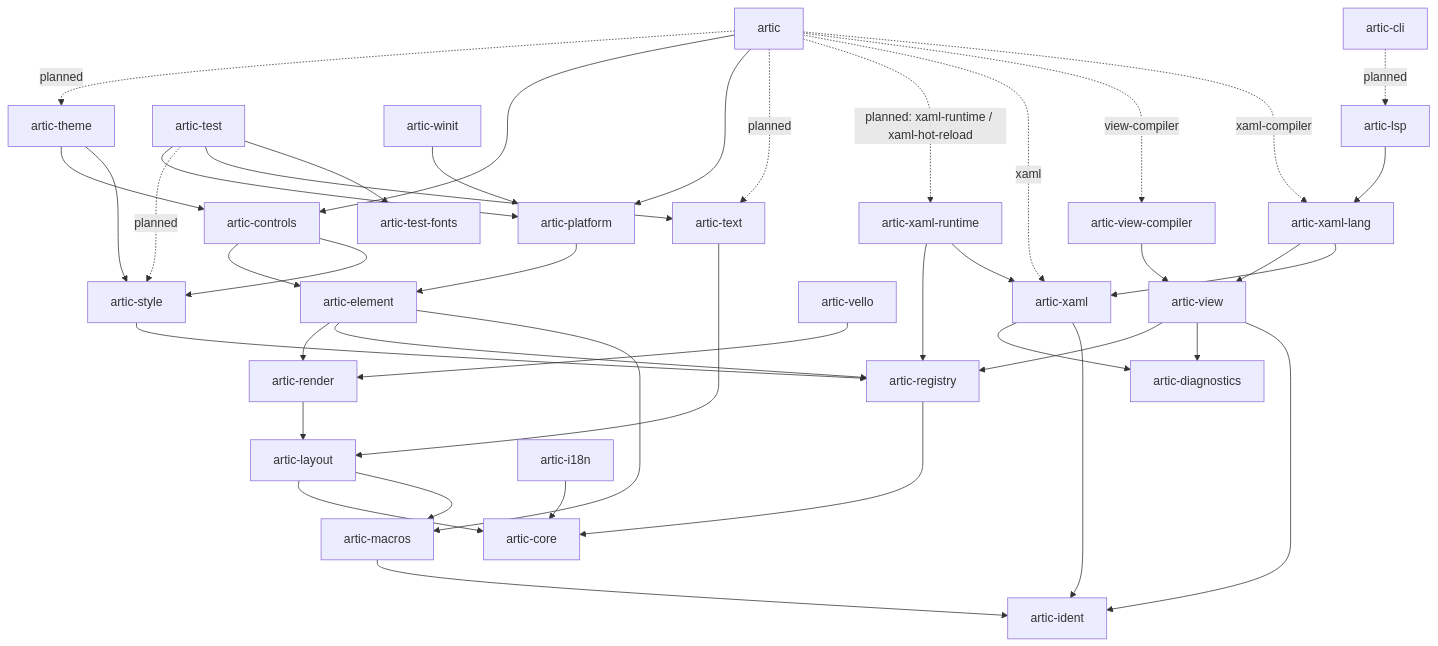
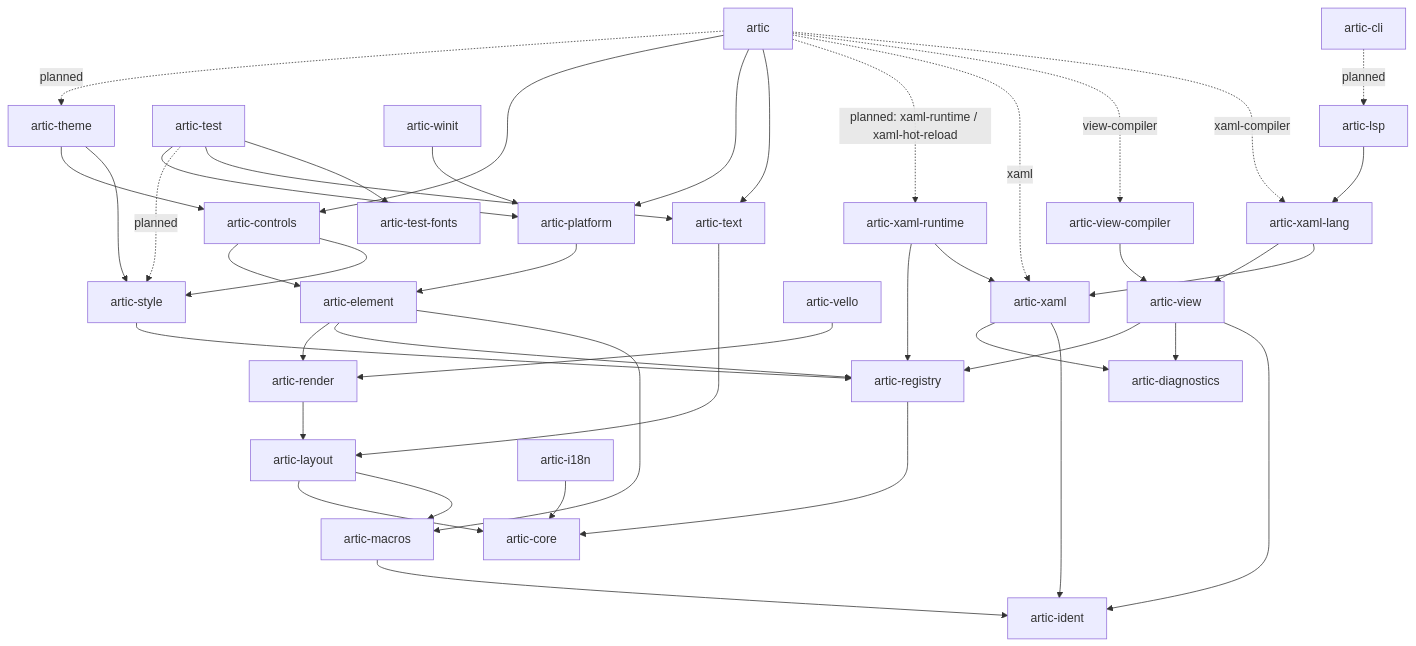
Before and after one commit to wolfware-labs/artic: the diagram in docs/architecture.md, drawn with Mermaid. The commit also changed other lines of this file and 8 other files, not shown here.

````diff
--- a/docs/architecture.md
+++ b/docs/architecture.md
@@ -37,54 +37,54 @@
 ```mermaid
 flowchart TD
   artic -. planned .-> theme[artic-theme]
   artic --> controls[artic-controls]
   artic --> platform[artic-platform]
-  artic -. planned .-> text[artic-text]
+  artic --> text[artic-text]
   artic -. planned: xaml-runtime / xaml-hot-reload .-> runtime[artic-xaml-runtime]
   artic -. xaml .-> xaml
   artic -. view-compiler .-> viewc[artic-view-compiler]
   artic -. xaml-compiler .-> lang
 
   theme --> controls
   theme --> styles[artic-style]
 
   controls --> element[artic-element]
   controls --> styles
 
   platform --> element
 
   element --> render[artic-render]
   element --> registry[artic-registry]
   element --> macros[artic-macros]
 
   test[artic-test] --> platform
   test -. planned .-> styles
   test --> text
   test --> fonts[artic-test-fonts]
 
   winit[artic-winit] --> platform
   vello[artic-vello] --> render
 
   cli[artic-cli] -. planned .-> lsp[artic-lsp]
   lsp --> lang[artic-xaml-lang]
 
   render --> layout[artic-layout]
   text --> layout
   styles --> registry
   viewc --> view[artic-view]
   lang --> view
   view --> registry
   view --> diagnostics
   lang --> xaml[artic-xaml]
   xaml --> diagnostics[artic-diagnostics]
   runtime --> registry
   runtime --> xaml
 
   registry --> core[artic-core]
   layout --> core
   layout --> macros
   macros --> ident[artic-ident]
   xaml --> ident
   view --> ident
   i18n[artic-i18n] --> core
 ```
````
